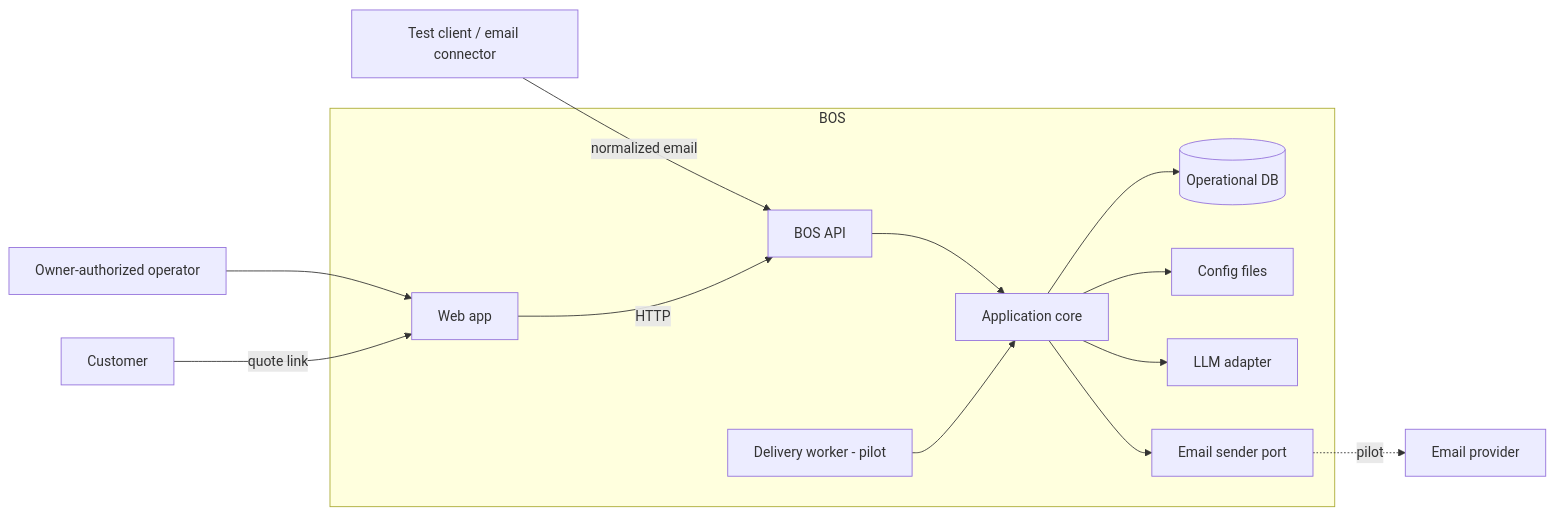
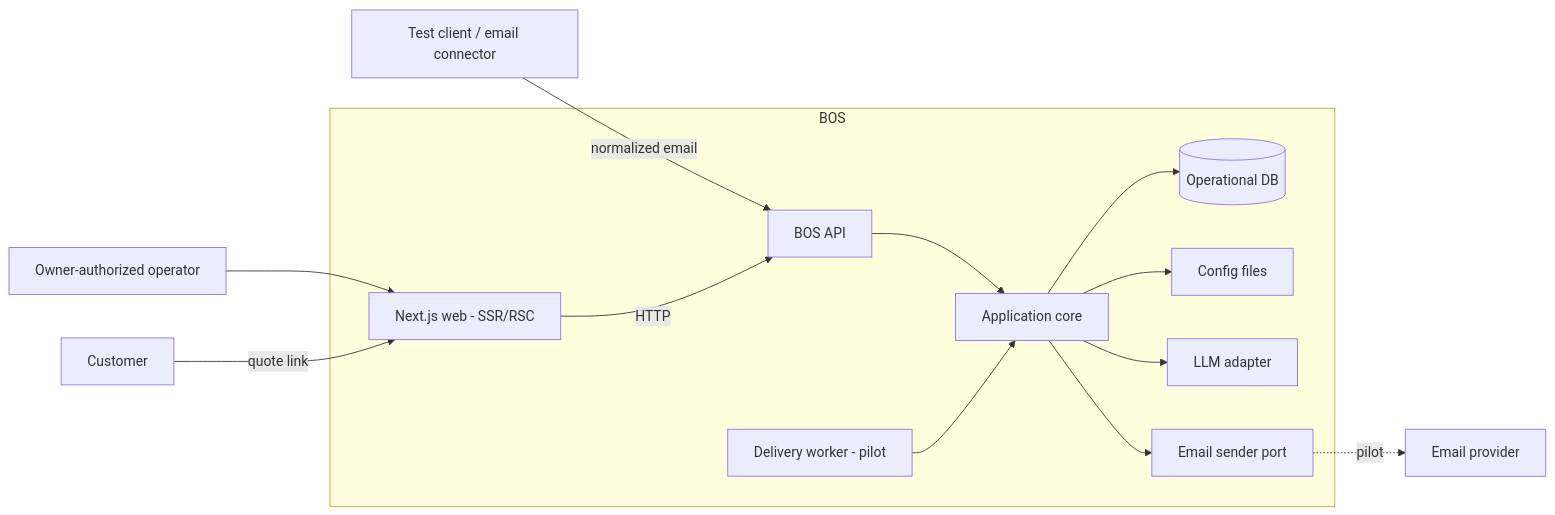
The first of 3 diagrams in docs/ARCHITECTURE.md (OwnStack-Digital/customer-desk), drawn with Mermaid before and after one commit. The commit also changed other lines of this file, not shown here.

Commit message:
docs: enhance architecture documentation with Next.js specifics and folder structure clarification

````diff
--- a/docs/ARCHITECTURE.md
+++ b/docs/ARCHITECTURE.md
@@ -18,18 +18,18 @@
 ```mermaid
 flowchart LR
   Owner[Owner-authorized operator] --> Web
   Customer[Customer] -->|quote link| Web
   Source[Test client / email connector] -->|normalized email| API
 
   subgraph BOS
-    Web[Web app] -->|HTTP| API[BOS API]
+    Web[Next.js web - SSR/RSC] -->|HTTP| API[BOS API]
     API --> Core[Application core]
     Worker[Delivery worker - pilot] --> Core
     Core --> DB[(Operational DB)]
     Core --> Files[Config files]
     Core --> LLM[LLM adapter]
     Core --> Sender[Email sender port]
   end
 
   Sender -.->|pilot| Provider[Email provider]
 ```
````
